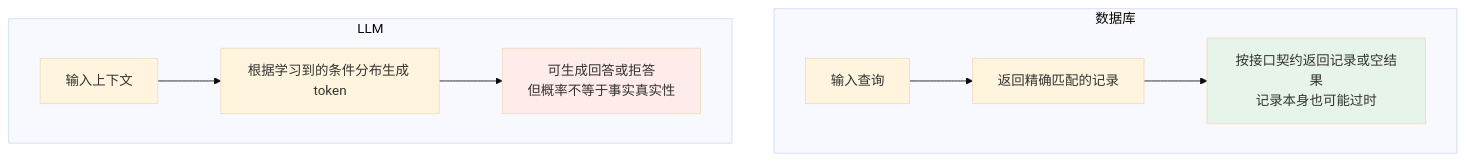
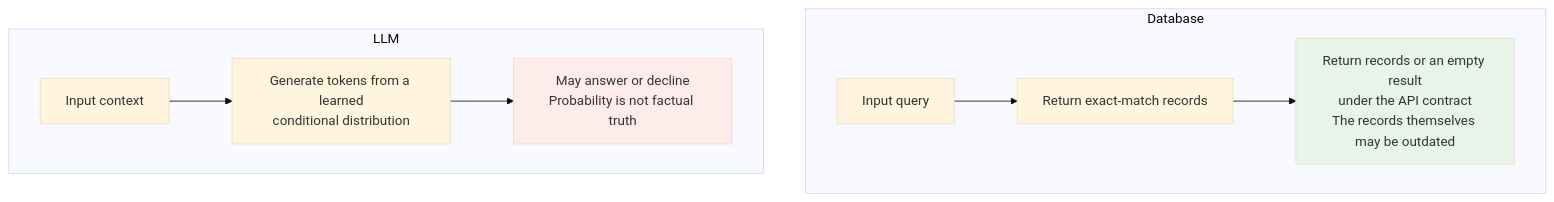
One commit to oneleaveknowsthefall/awesome-ai-roadmap changed the first of 3 diagrams in docs/llm/04-prompt-reliability/18-hallucination.md. Above: the diagram before and after it, drawn with Mermaid (base theme). The commit also changed other lines of this file and 92 other files, not shown here.

````diff
--- a/docs/llm/04-prompt-reliability/18-hallucination.md
+++ b/docs/llm/04-prompt-reliability/18-hallucination.md
@@ -26,14 +26,14 @@
 ```mermaid
 flowchart TB
-    subgraph DB["数据库"]
-        D1["输入查询"] --> D2["返回精确匹配的记录"]
-        D2 --> D3["按接口契约返回记录或空结果<br/>记录本身也可能过时"]
+    subgraph DB["Database"]
+        D1["Input query"] --> D2["Return exact-match records"]
+        D2 --> D3["Return records or an empty result<br/>under the API contract<br/>The records themselves may be outdated"]
     end
     subgraph LLM["LLM"]
-        L1["输入上下文"] --> L2["根据学习到的条件分布生成 token"]
-        L2 --> L3["可生成回答或拒答<br/>但概率不等于事实真实性"]
+        L1["Input context"] --> L2["Generate tokens from a learned<br/>conditional distribution"]
+        L2 --> L3["May answer or decline<br/>Probability is not factual truth"]
     end
 
     style D3 fill:#e6f4ea
     style L3 fill:#fdecea
 ```
````
